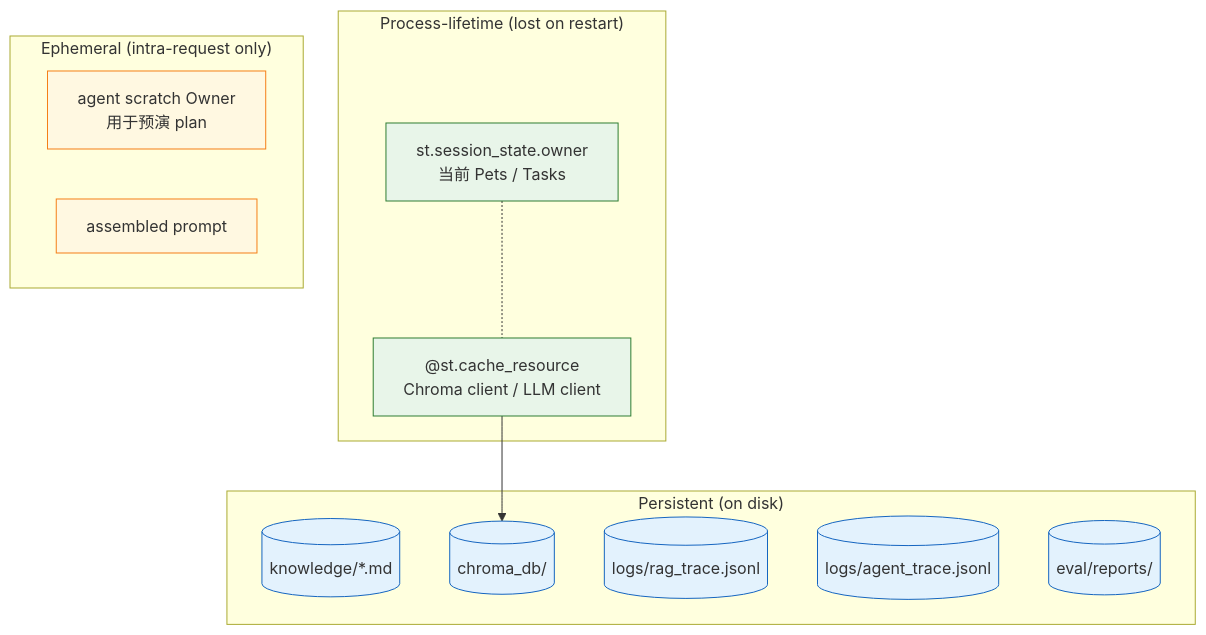
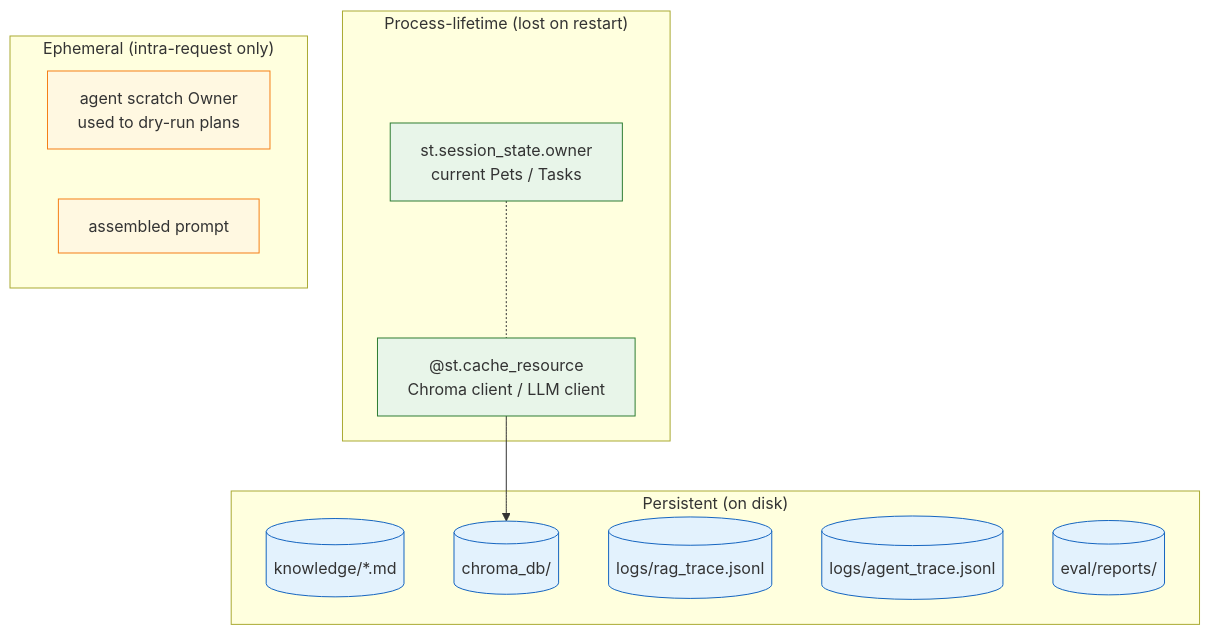
The diagram in docs/design/diagrams/state_layers.mmd (chichi0510/ai110-module2show-pawpal-starter), drawn with Mermaid before and after one commit. The commit also changed 10 other files, not shown here.

```diff
--- a/docs/design/diagrams/state_layers.mmd
+++ b/docs/design/diagrams/state_layers.mmd
@@ -1,26 +1,26 @@
 flowchart TB
     classDef vol fill:#fff8e1,stroke:#f57f17
     classDef sess fill:#e8f5e9,stroke:#2e7d32
     classDef pers fill:#e3f2fd,stroke:#1565c0
     classDef gone fill:#ffebee,stroke:#c62828
 
     subgraph PROCESS ["Process-lifetime (lost on restart)"]
-        SS["st.session_state.owner<br/>当前 Pets / Tasks"]:::sess
+        SS["st.session_state.owner<br/>current Pets / Tasks"]:::sess
         CACHE["@st.cache_resource<br/>Chroma client / LLM client"]:::sess
     end
 
     subgraph PERSIST ["Persistent (on disk)"]
         KB[("knowledge/*.md")]:::pers
         VEC[("chroma_db/")]:::pers
         LOG_R[("logs/rag_trace.jsonl")]:::pers
         LOG_A[("logs/agent_trace.jsonl")]:::pers
         REPORTS[("eval/reports/")]:::pers
     end
 
     subgraph EPHEMERAL ["Ephemeral (intra-request only)"]
-        SCRATCH["agent scratch Owner<br/>用于预演 plan"]:::vol
+        SCRATCH["agent scratch Owner<br/>used to dry-run plans"]:::vol
         PROMPT["assembled prompt"]:::vol
     end
 
     SS -.- CACHE
     CACHE --> VEC
```
